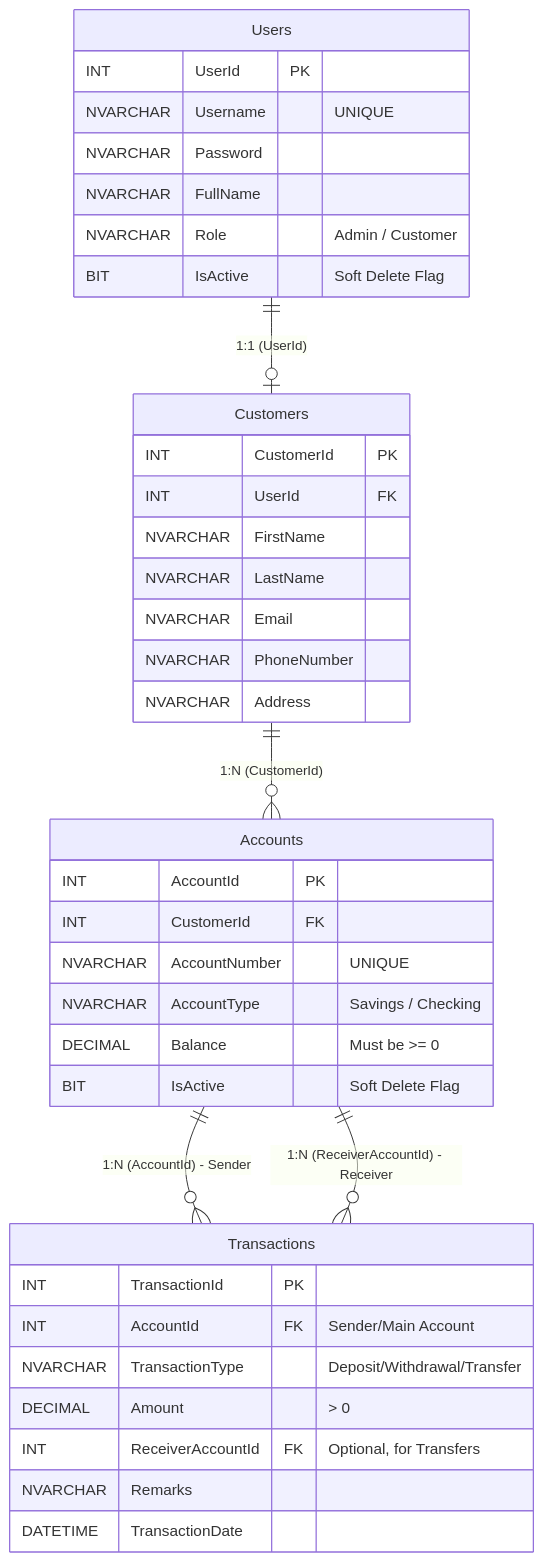
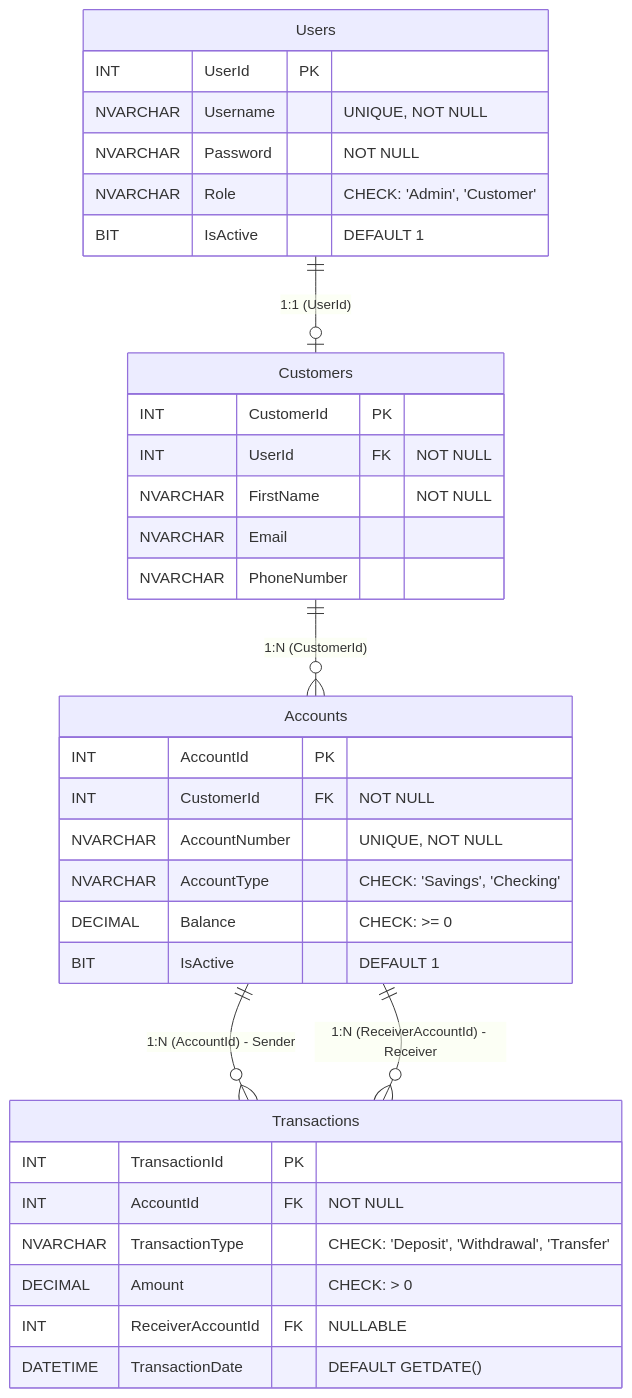
Before and after one commit to LtNITESNAKE/Banking-Transcation-SYstem: the diagram in Week2_Database_Design.md, drawn with Mermaid. The commit also changed other lines of this file and 70 other files, not shown here.

````diff
--- a/Week2_Database_Design.md
+++ b/Week2_Database_Design.md
@@ -8,45 +12,41 @@
 ```mermaid
 erDiagram
     Users ||--o| Customers : "1:1 (UserId)"
     Customers ||--o{ Accounts : "1:N (CustomerId)"
     Accounts ||--o{ Transactions : "1:N (AccountId) - Sender"
     Accounts ||--o{ Transactions : "1:N (ReceiverAccountId) - Receiver"
 
     Users {
         INT UserId PK
-        NVARCHAR Username "UNIQUE"
-        NVARCHAR Password
-        NVARCHAR FullName
-        NVARCHAR Role "Admin / Customer"
-        BIT IsActive "Soft Delete Flag"
+        NVARCHAR Username "UNIQUE, NOT NULL"
+        NVARCHAR Password "NOT NULL"
+        NVARCHAR Role "CHECK: 'Admin', 'Customer'"
+        BIT IsActive "DEFAULT 1"
     }
     
     Customers {
         INT CustomerId PK
-        INT UserId FK
-        NVARCHAR FirstName
-        NVARCHAR LastName
+        INT UserId FK "NOT NULL"
+        NVARCHAR FirstName "NOT NULL"
         NVARCHAR Email
         NVARCHAR PhoneNumber
-        NVARCHAR Address
     }
     
     Accounts {
         INT AccountId PK
-        INT CustomerId FK
-        NVARCHAR AccountNumber "UNIQUE"
-        NVARCHAR AccountType "Savings / Checking"
-        DECIMAL Balance "Must be >= 0"
-        BIT IsActive "Soft Delete Flag"
+        INT CustomerId FK "NOT NULL"
+        NVARCHAR AccountNumber "UNIQUE, NOT NULL"
+        NVARCHAR AccountType "CHECK: 'Savings', 'Checking'"
+        DECIMAL Balance "CHECK: >= 0"
+        BIT IsActive "DEFAULT 1"
     }
     
     Transactions {
         INT TransactionId PK
-        INT AccountId FK "Sender/Main Account"
-        NVARCHAR TransactionType "Deposit/Withdrawal/Transfer"
-        DECIMAL Amount "> 0"
-        INT ReceiverAccountId FK "Optional, for Transfers"
-        NVARCHAR Remarks
-        DATETIME TransactionDate
+        INT AccountId FK "NOT NULL"
+        NVARCHAR TransactionType "CHECK: 'Deposit', 'Withdrawal', 'Transfer'"
+        DECIMAL Amount "CHECK: > 0"
+        INT ReceiverAccountId FK "NULLABLE"
+        DATETIME TransactionDate "DEFAULT GETDATE()"
     }
 ```
````
